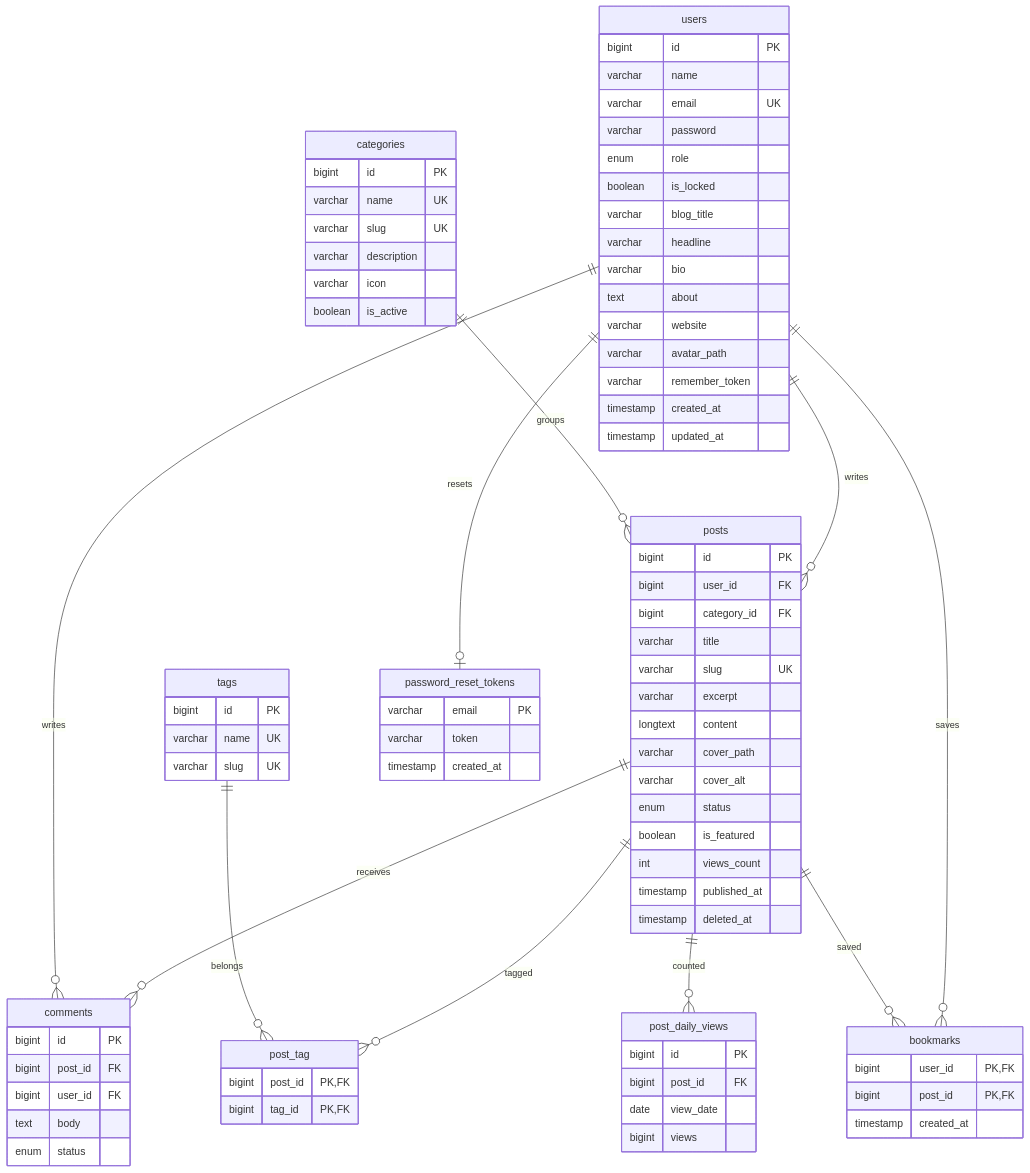
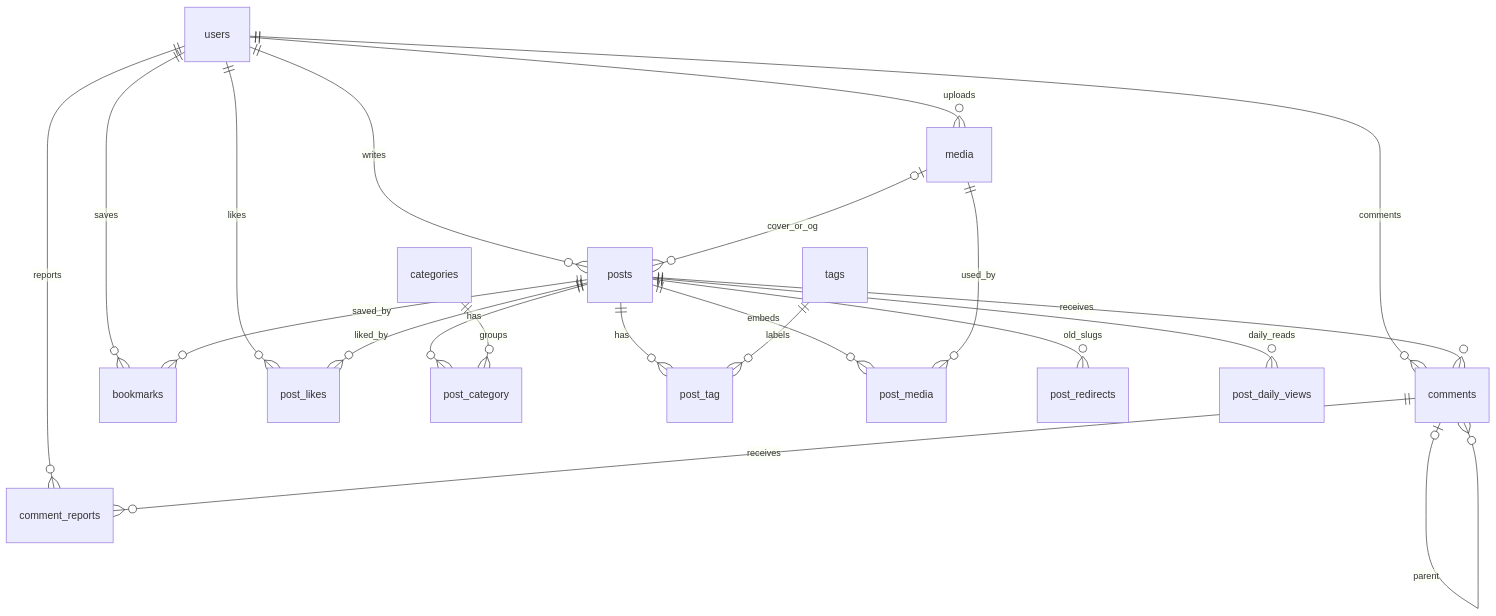
One commit to MrKhanhDong/Threads-City changed the diagram in docs/DATABASE.md. Above: the diagram before and after it, drawn with Mermaid. The commit also changed other lines of this file and 196 other files, not shown here.

````diff
--- a/docs/DATABASE.md
+++ b/docs/DATABASE.md
@@ -13,87 +26,23 @@
 ```mermaid
 erDiagram
     users ||--o{ posts : writes
-    categories ||--o{ posts : groups
+    users ||--o{ comments : comments
+    users ||--o{ media : uploads
+    users ||--o{ bookmarks : saves
+    users ||--o{ post_likes : likes
+    users ||--o{ comment_reports : reports
+    posts ||--o{ post_category : has
+    categories ||--o{ post_category : groups
+    posts ||--o{ post_tag : has
+    tags ||--o{ post_tag : labels
+    posts ||--o{ post_media : embeds
+    media ||--o{ post_media : used_by
+    media o|--o{ posts : cover_or_og
     posts ||--o{ comments : receives
-    posts ||--o{ post_daily_views : counted
-    users ||--o{ comments : writes
-    posts ||--o{ post_tag : tagged
-    tags ||--o{ post_tag : belongs
-    users ||--o{ bookmarks : saves
-    posts ||--o{ bookmarks : saved
-    users ||--o| password_reset_tokens : resets
-
-    users {
-        bigint id PK
-        varchar name
-        varchar email UK
-        varchar password
-        enum role
-        boolean is_locked
-        varchar blog_title
-        varchar headline
-        varchar bio
-        text about
-        varchar website
-        varchar avatar_path
-        varchar remember_token
-        timestamp created_at
-        timestamp updated_at
-    }
-    categories {
-        bigint id PK
-        varchar name UK
-        varchar slug UK
-        varchar description
-        varchar icon
-        boolean is_active
-    }
-    posts {
-        bigint id PK
-        bigint user_id FK
-        bigint category_id FK
-        varchar title
-        varchar slug UK
-        varchar excerpt
-        longtext content
-        varchar cover_path
-        varchar cover_alt
-        enum status
-        boolean is_featured
-        int views_count
-        timestamp published_at
-        timestamp deleted_at
-    }
-    post_daily_views {
-        bigint id PK
-        bigint post_id FK
-        date view_date
-        bigint views
-    }
-    tags {
-        bigint id PK
-        varchar name UK
-        varchar slug UK
-    }
-    post_tag {
-        bigint post_id PK,FK
-        bigint tag_id PK,FK
-    }
-    comments {
-        bigint id PK
-        bigint post_id FK
-        bigint user_id FK
-        text body
-        enum status
-    }
-    bookmarks {
-        bigint user_id PK,FK
-        bigint post_id PK,FK
-        timestamp created_at
-    }
-    password_reset_tokens {
-        varchar email PK
-        varchar token
-        timestamp created_at
-    }
+    comments o|--o{ comments : parent
+    comments ||--o{ comment_reports : receives
+    posts ||--o{ bookmarks : saved_by
+    posts ||--o{ post_likes : liked_by
+    posts ||--o{ post_redirects : old_slugs
+    posts ||--o{ post_daily_views : daily_reads
 ```
````
